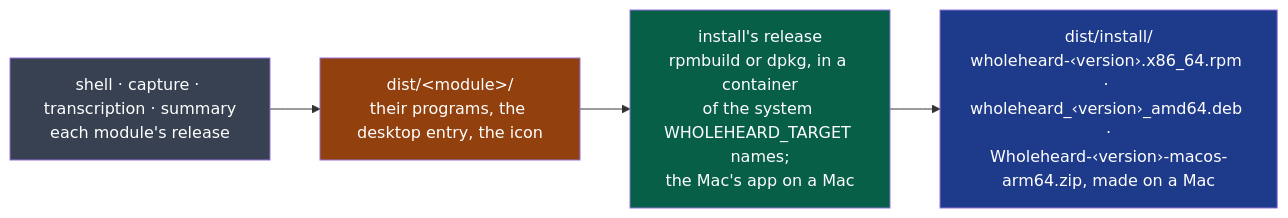
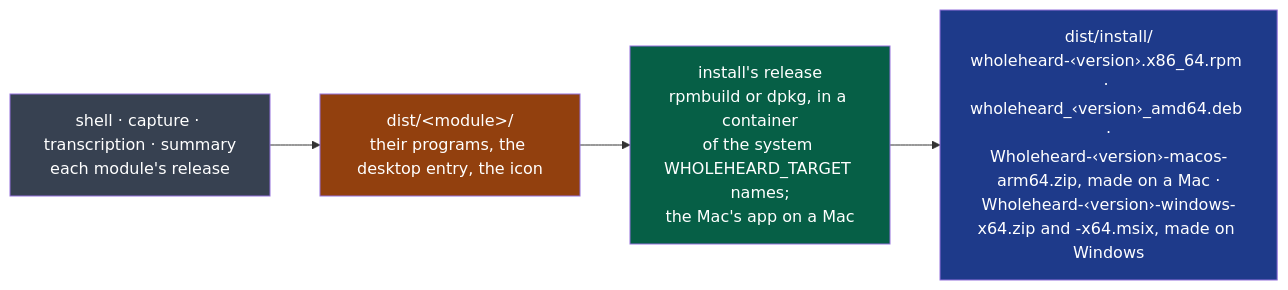
One commit to NapkinStack/wholeheard changed the diagram in modules/install/README.md. Above: the diagram before and after it, drawn with Mermaid. The commit also changed other lines of this file and 14 other files, not shown here.

First line of the commit message:
install: on Windows, one MSIX beside the zip, tried on the runner, removal keeping the meetings (D54) (#576)

````diff
--- a/modules/install/README.md
+++ b/modules/install/README.md
@@ -6,10 +6,10 @@
 ```mermaid
 flowchart LR
     M["shell · capture · transcription · summary<br/>each module's release"]:::mod --> D["dist/&lt;module&gt;/<br/>their programs, the desktop entry, the icon"]:::art
     D --> B["install's release<br/>rpmbuild or dpkg, in a container<br/>of the system WHOLEHEARD_TARGET names;<br/>the Mac's app on a Mac"]:::this
-    B --> R["dist/install/<br/>wholeheard-‹version›.x86_64.rpm · wholeheard_‹version›_amd64.deb ·<br/>Wholeheard-‹version›-macos-arm64.zip, made on a Mac"]:::out
+    B --> R["dist/install/<br/>wholeheard-‹version›.x86_64.rpm · wholeheard_‹version›_amd64.deb ·<br/>Wholeheard-‹version›-macos-arm64.zip, made on a Mac ·<br/>Wholeheard-‹version›-windows-x64.zip and -x64.msix, made on Windows"]:::out
     classDef mod fill:#374151,color:#fff
     classDef art fill:#92400e,color:#fff
     classDef this fill:#065f46,color:#fff
     classDef out fill:#1e3a8a,color:#fff
 ```
````
